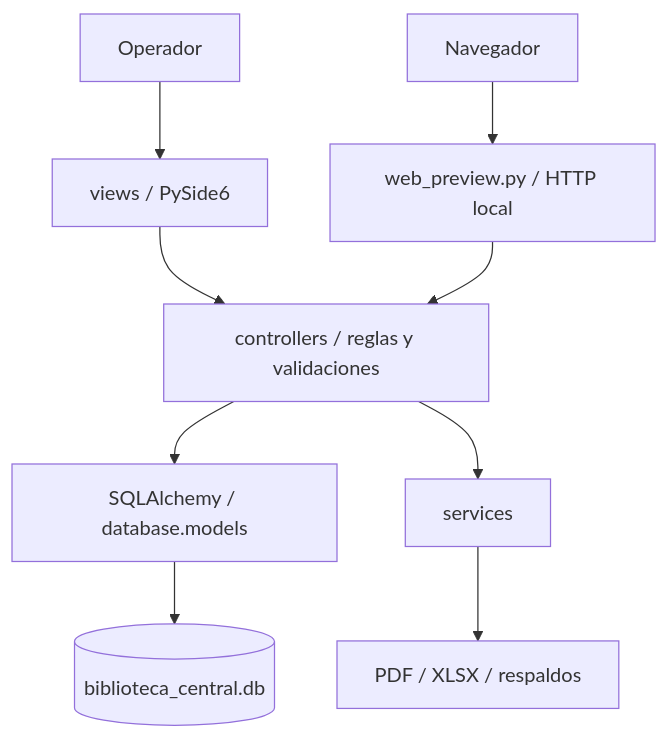
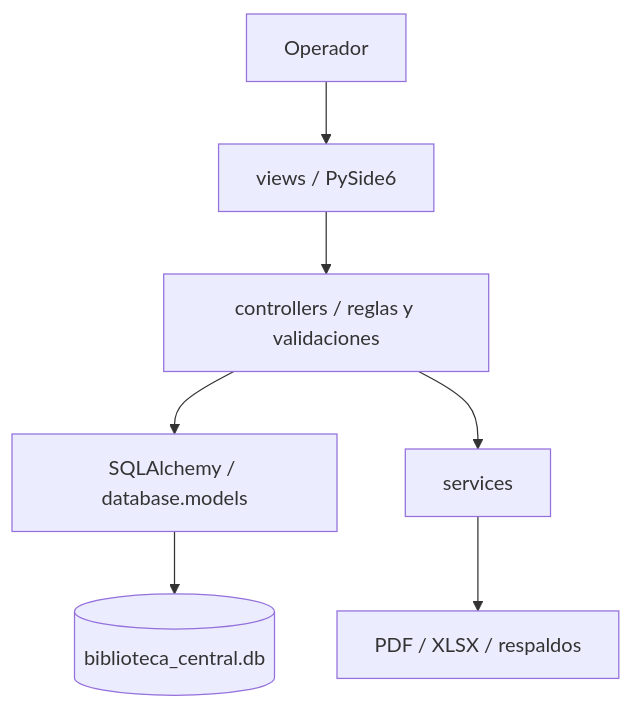
The second of 2 diagrams in DOCUMENTACION_TECNICA_AUDITORIA.md (jsevill25/blibliotca-app), drawn with Mermaid before and after one commit. The commit also changed other lines of this file and 17 other files, not shown here.

````diff
--- a/DOCUMENTACION_TECNICA_AUDITORIA.md
+++ b/DOCUMENTACION_TECNICA_AUDITORIA.md
@@ -60,11 +60,9 @@
 ```mermaid
 flowchart TB
     Operador --> Vistas[views / PySide6]
     Vistas --> Controladores[controllers / reglas y validaciones]
     Controladores --> ORM[SQLAlchemy / database.models]
     ORM --> SQLite[(biblioteca_central.db)]
     Controladores --> Servicios[services]
     Servicios --> Salidas[PDF / XLSX / respaldos]
-    Navegador --> Web[web_preview.py / HTTP local]
-    Web --> Controladores
 ```
````
